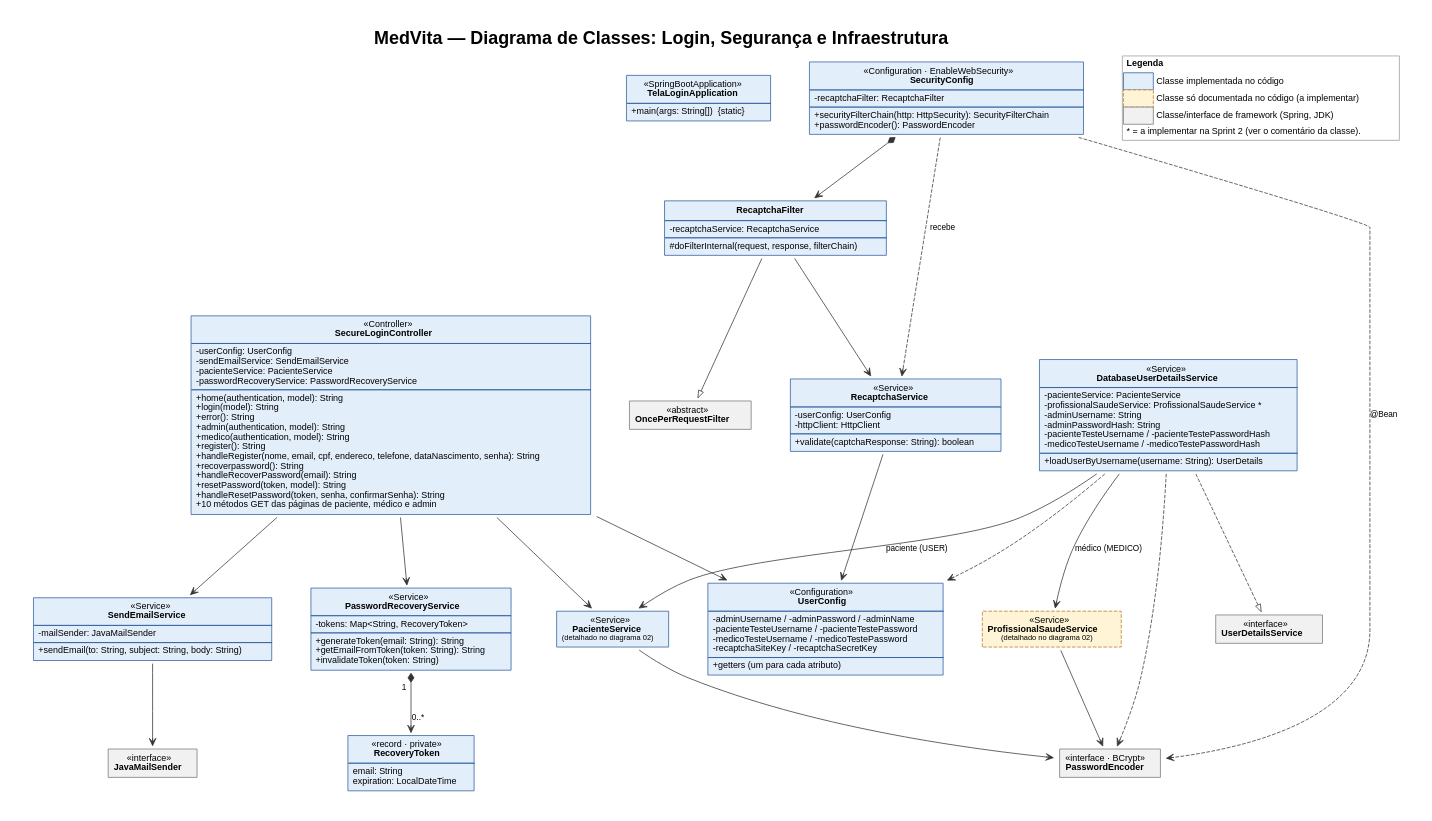
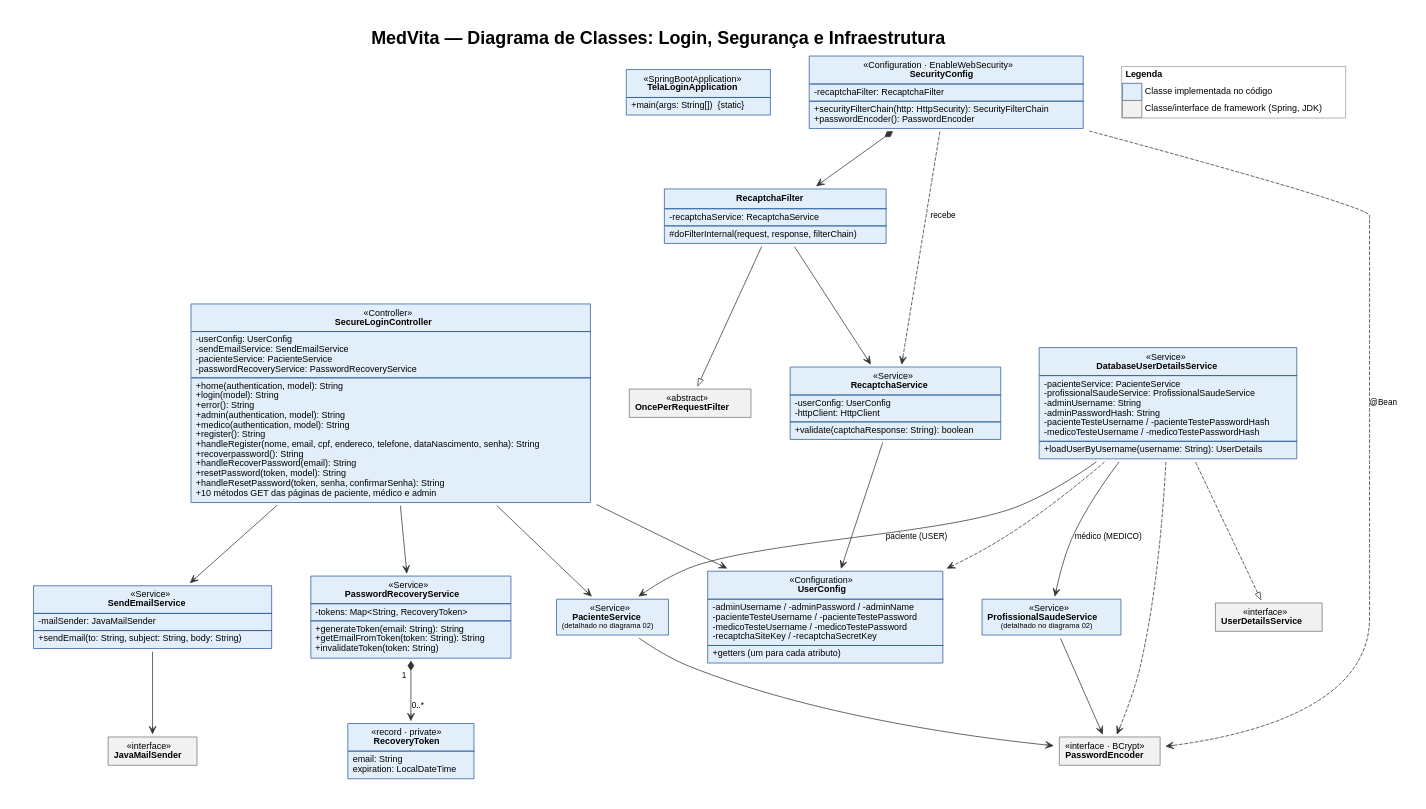
One commit to leonardoMartins-Dev/Sistema_Hospitalar changed the diagram in DOCUMENTOS/DiagramaUML/03-diagrama-classes-login-seguranca.dot. Above: the diagram before and after it, drawn with Graphviz. The commit also changed 14 other files, not shown here.

Commit message:
Sprint 2: diagramas atualizados, aviso do banco e usuários de teste removidos

```diff
--- a/DOCUMENTOS/DiagramaUML/03-diagrama-classes-login-seguranca.dot
+++ b/DOCUMENTOS/DiagramaUML/03-diagrama-classes-login-seguranca.dot
@@ -1,43 +1,43 @@
 digraph G {
   rankdir=TB; splines=true; nodesep=0.55; ranksep=0.9; pad=0.4;
   labelloc=t; fontsize=24; fontname="Helvetica"; label=<<B>MedVita — Diagrama de Classes: Login, Segurança e Infraestrutura</B>>;
   node [fontname="Helvetica" fontsize=12];
   edge [fontname="Helvetica" fontsize=11 color="#333333" labeldistance=2.2];
   ranksep=1.0; nodesep=0.5;
 App [shape=plaintext label=<<TABLE BORDER="1" CELLBORDER="0" CELLSPACING="0" CELLPADDING="5" BGCOLOR="#E3EEFB" COLOR="#2B5C9E" STYLE="solid"><TR><TD ALIGN="CENTER" CELLPADDING="6">«SpringBootApplication»<BR/><B>TelaLoginApplication</B></TD></TR><HR/><TR><TD ALIGN="LEFT" BALIGN="LEFT">+main(args: String[])  {static}<BR ALIGN="LEFT"/></TD></TR></TABLE>>];
 Login [shape=plaintext label=<<TABLE BORDER="1" CELLBORDER="0" CELLSPACING="0" CELLPADDING="5" BGCOLOR="#E3EEFB" COLOR="#2B5C9E" STYLE="solid"><TR><TD ALIGN="CENTER" CELLPADDING="6">«Controller»<BR/><B>SecureLoginController</B></TD></TR><HR/><TR><TD ALIGN="LEFT" BALIGN="LEFT">-userConfig: UserConfig<BR ALIGN="LEFT"/>-sendEmailService: SendEmailService<BR ALIGN="LEFT"/>-pacienteService: PacienteService<BR ALIGN="LEFT"/>-passwordRecoveryService: PasswordRecoveryService<BR ALIGN="LEFT"/></TD></TR><HR/><TR><TD ALIGN="LEFT" BALIGN="LEFT">+home(authentication, model): String<BR ALIGN="LEFT"/>+login(model): String<BR ALIGN="LEFT"/>+error(): String<BR ALIGN="LEFT"/>+admin(authentication, model): String<BR ALIGN="LEFT"/>+medico(authentication, model): String<BR ALIGN="LEFT"/>+register(): String<BR ALIGN="LEFT"/>+handleRegister(nome, email, cpf, endereco, telefone, dataNascimento, senha): String<BR ALIGN="LEFT"/>+recoverpassword(): String<BR ALIGN="LEFT"/>+handleRecoverPassword(email): String<BR ALIGN="LEFT"/>+resetPassword(token, model): String<BR ALIGN="LEFT"/>+handleResetPassword(token, senha, confirmarSenha): String<BR ALIGN="LEFT"/>+10 métodos GET das páginas de paciente, médico e admin<BR ALIGN="LEFT"/></TD></TR></TABLE>>];
 Sec [shape=plaintext label=<<TABLE BORDER="1" CELLBORDER="0" CELLSPACING="0" CELLPADDING="5" BGCOLOR="#E3EEFB" COLOR="#2B5C9E" STYLE="solid"><TR><TD ALIGN="CENTER" CELLPADDING="6">«Configuration · EnableWebSecurity»<BR/><B>SecurityConfig</B></TD></TR><HR/><TR><TD ALIGN="LEFT" BALIGN="LEFT">-recaptchaFilter: RecaptchaFilter<BR ALIGN="LEFT"/></TD></TR><HR/><TR><TD ALIGN="LEFT" BALIGN="LEFT">+securityFilterChain(http: HttpSecurity): SecurityFilterChain<BR ALIGN="LEFT"/>+passwordEncoder(): PasswordEncoder<BR ALIGN="LEFT"/></TD></TR></TABLE>>];
 Filter [shape=plaintext label=<<TABLE BORDER="1" CELLBORDER="0" CELLSPACING="0" CELLPADDING="5" BGCOLOR="#E3EEFB" COLOR="#2B5C9E" STYLE="solid"><TR><TD ALIGN="CENTER" CELLPADDING="6"><B>RecaptchaFilter</B></TD></TR><HR/><TR><TD ALIGN="LEFT" BALIGN="LEFT">-recaptchaService: RecaptchaService<BR ALIGN="LEFT"/></TD></TR><HR/><TR><TD ALIGN="LEFT" BALIGN="LEFT">#doFilterInternal(request, response, filterChain)<BR ALIGN="LEFT"/></TD></TR></TABLE>>];
 OPRF [shape=plaintext label=<<TABLE BORDER="1" CELLBORDER="0" CELLSPACING="0" CELLPADDING="5" BGCOLOR="#F1F1F1" COLOR="#777777" STYLE="solid"><TR><TD ALIGN="CENTER" CELLPADDING="6">«abstract»<BR/><B>OncePerRequestFilter</B></TD></TR></TABLE>>];
 Recaptcha [shape=plaintext label=<<TABLE BORDER="1" CELLBORDER="0" CELLSPACING="0" CELLPADDING="5" BGCOLOR="#E3EEFB" COLOR="#2B5C9E" STYLE="solid"><TR><TD ALIGN="CENTER" CELLPADDING="6">«Service»<BR/><B>RecaptchaService</B></TD></TR><HR/><TR><TD ALIGN="LEFT" BALIGN="LEFT">-userConfig: UserConfig<BR ALIGN="LEFT"/>-httpClient: HttpClient<BR ALIGN="LEFT"/></TD></TR><HR/><TR><TD ALIGN="LEFT" BALIGN="LEFT">+validate(captchaResponse: String): boolean<BR ALIGN="LEFT"/></TD></TR></TABLE>>];
 UserCfg [shape=plaintext label=<<TABLE BORDER="1" CELLBORDER="0" CELLSPACING="0" CELLPADDING="5" BGCOLOR="#E3EEFB" COLOR="#2B5C9E" STYLE="solid"><TR><TD ALIGN="CENTER" CELLPADDING="6">«Configuration»<BR/><B>UserConfig</B></TD></TR><HR/><TR><TD ALIGN="LEFT" BALIGN="LEFT">-adminUsername / -adminPassword / -adminName<BR ALIGN="LEFT"/>-pacienteTesteUsername / -pacienteTestePassword<BR ALIGN="LEFT"/>-medicoTesteUsername / -medicoTestePassword<BR ALIGN="LEFT"/>-recaptchaSiteKey / -recaptchaSecretKey<BR ALIGN="LEFT"/></TD></TR><HR/><TR><TD ALIGN="LEFT" BALIGN="LEFT">+getters (um para cada atributo)<BR ALIGN="LEFT"/></TD></TR></TABLE>>];
-DbUser [shape=plaintext label=<<TABLE BORDER="1" CELLBORDER="0" CELLSPACING="0" CELLPADDING="5" BGCOLOR="#E3EEFB" COLOR="#2B5C9E" STYLE="solid"><TR><TD ALIGN="CENTER" CELLPADDING="6">«Service»<BR/><B>DatabaseUserDetailsService</B></TD></TR><HR/><TR><TD ALIGN="LEFT" BALIGN="LEFT">-pacienteService: PacienteService<BR ALIGN="LEFT"/>-profissionalSaudeService: ProfissionalSaudeService *<BR ALIGN="LEFT"/>-adminUsername: String<BR ALIGN="LEFT"/>-adminPasswordHash: String<BR ALIGN="LEFT"/>-pacienteTesteUsername / -pacienteTestePasswordHash<BR ALIGN="LEFT"/>-medicoTesteUsername / -medicoTestePasswordHash<BR ALIGN="LEFT"/></TD></TR><HR/><TR><TD ALIGN="LEFT" BALIGN="LEFT">+loadUserByUsername(username: String): UserDetails<BR ALIGN="LEFT"/></TD></TR></TABLE>>];
+DbUser [shape=plaintext label=<<TABLE BORDER="1" CELLBORDER="0" CELLSPACING="0" CELLPADDING="5" BGCOLOR="#E3EEFB" COLOR="#2B5C9E" STYLE="solid"><TR><TD ALIGN="CENTER" CELLPADDING="6">«Service»<BR/><B>DatabaseUserDetailsService</B></TD></TR><HR/><TR><TD ALIGN="LEFT" BALIGN="LEFT">-pacienteService: PacienteService<BR ALIGN="LEFT"/>-profissionalSaudeService: ProfissionalSaudeService<BR ALIGN="LEFT"/>-adminUsername: String<BR ALIGN="LEFT"/>-adminPasswordHash: String<BR ALIGN="LEFT"/>-pacienteTesteUsername / -pacienteTestePasswordHash<BR ALIGN="LEFT"/>-medicoTesteUsername / -medicoTestePasswordHash<BR ALIGN="LEFT"/></TD></TR><HR/><TR><TD ALIGN="LEFT" BALIGN="LEFT">+loadUserByUsername(username: String): UserDetails<BR ALIGN="LEFT"/></TD></TR></TABLE>>];
 UDS [shape=plaintext label=<<TABLE BORDER="1" CELLBORDER="0" CELLSPACING="0" CELLPADDING="5" BGCOLOR="#F1F1F1" COLOR="#777777" STYLE="solid"><TR><TD ALIGN="CENTER" CELLPADDING="6">«interface»<BR/><B>UserDetailsService</B></TD></TR></TABLE>>];
 PwdEnc [shape=plaintext label=<<TABLE BORDER="1" CELLBORDER="0" CELLSPACING="0" CELLPADDING="5" BGCOLOR="#F1F1F1" COLOR="#777777" STYLE="solid"><TR><TD ALIGN="CENTER" CELLPADDING="6">«interface · BCrypt»<BR/><B>PasswordEncoder</B></TD></TR></TABLE>>];
 PacSvc [shape=plaintext label=<<TABLE BORDER="1" CELLBORDER="0" CELLSPACING="0" CELLPADDING="5" BGCOLOR="#E3EEFB" COLOR="#2B5C9E" STYLE="solid"><TR><TD ALIGN="CENTER" CELLPADDING="6">«Service»<BR/><B>PacienteService</B><BR/><FONT POINT-SIZE="10">(detalhado no diagrama 02)</FONT></TD></TR></TABLE>>];
-ProfSvc [shape=plaintext label=<<TABLE BORDER="1" CELLBORDER="0" CELLSPACING="0" CELLPADDING="5" BGCOLOR="#FFF4D6" COLOR="#B7791F" STYLE="dashed"><TR><TD ALIGN="CENTER" CELLPADDING="6">«Service»<BR/><B>ProfissionalSaudeService</B><BR/><FONT POINT-SIZE="10">(detalhado no diagrama 02)</FONT></TD></TR></TABLE>>];
+ProfSvc [shape=plaintext label=<<TABLE BORDER="1" CELLBORDER="0" CELLSPACING="0" CELLPADDING="5" BGCOLOR="#E3EEFB" COLOR="#2B5C9E" STYLE="solid"><TR><TD ALIGN="CENTER" CELLPADDING="6">«Service»<BR/><B>ProfissionalSaudeService</B><BR/><FONT POINT-SIZE="10">(detalhado no diagrama 02)</FONT></TD></TR></TABLE>>];
 Recovery [shape=plaintext label=<<TABLE BORDER="1" CELLBORDER="0" CELLSPACING="0" CELLPADDING="5" BGCOLOR="#E3EEFB" COLOR="#2B5C9E" STYLE="solid"><TR><TD ALIGN="CENTER" CELLPADDING="6">«Service»<BR/><B>PasswordRecoveryService</B></TD></TR><HR/><TR><TD ALIGN="LEFT" BALIGN="LEFT">-tokens: Map&lt;String, RecoveryToken&gt;<BR ALIGN="LEFT"/></TD></TR><HR/><TR><TD ALIGN="LEFT" BALIGN="LEFT">+generateToken(email: String): String<BR ALIGN="LEFT"/>+getEmailFromToken(token: String): String<BR ALIGN="LEFT"/>+invalidateToken(token: String)<BR ALIGN="LEFT"/></TD></TR></TABLE>>];
 Token [shape=plaintext label=<<TABLE BORDER="1" CELLBORDER="0" CELLSPACING="0" CELLPADDING="5" BGCOLOR="#E3EEFB" COLOR="#2B5C9E" STYLE="solid"><TR><TD ALIGN="CENTER" CELLPADDING="6">«record · private»<BR/><B>RecoveryToken</B></TD></TR><HR/><TR><TD ALIGN="LEFT" BALIGN="LEFT">email: String<BR ALIGN="LEFT"/>expiration: LocalDateTime<BR ALIGN="LEFT"/></TD></TR></TABLE>>];
 Mail [shape=plaintext label=<<TABLE BORDER="1" CELLBORDER="0" CELLSPACING="0" CELLPADDING="5" BGCOLOR="#E3EEFB" COLOR="#2B5C9E" STYLE="solid"><TR><TD ALIGN="CENTER" CELLPADDING="6">«Service»<BR/><B>SendEmailService</B></TD></TR><HR/><TR><TD ALIGN="LEFT" BALIGN="LEFT">-mailSender: JavaMailSender<BR ALIGN="LEFT"/></TD></TR><HR/><TR><TD ALIGN="LEFT" BALIGN="LEFT">+sendEmail(to: String, subject: String, body: String)<BR ALIGN="LEFT"/></TD></TR></TABLE>>];
 JMS [shape=plaintext label=<<TABLE BORDER="1" CELLBORDER="0" CELLSPACING="0" CELLPADDING="5" BGCOLOR="#F1F1F1" COLOR="#777777" STYLE="solid"><TR><TD ALIGN="CENTER" CELLPADDING="6">«interface»<BR/><B>JavaMailSender</B></TD></TR></TABLE>>];
 Login -> UserCfg [arrowhead=vee];
 Login -> Mail [arrowhead=vee];
 Login -> PacSvc [arrowhead=vee];
 Login -> Recovery [arrowhead=vee];
 Sec -> Filter [dir=both arrowtail=diamond arrowhead=vee];
 Sec -> Recaptcha [style=dashed arrowhead=vee label=<recebe>];
 Sec -> PwdEnc [style=dashed arrowhead=vee label=<@Bean>];
 Filter -> OPRF [arrowhead=empty];
 Filter -> Recaptcha [arrowhead=vee];
 Recaptcha -> UserCfg [arrowhead=vee];
 DbUser -> UDS [style=dashed arrowhead=empty];
 DbUser -> PacSvc [arrowhead=vee label=<paciente (USER)>];
 DbUser -> ProfSvc [arrowhead=vee label=<médico (MEDICO)>];
 ProfSvc -> PwdEnc [arrowhead=vee];
 DbUser -> UserCfg [style=dashed arrowhead=vee];
 DbUser -> PwdEnc [style=dashed arrowhead=vee];
 PacSvc -> PwdEnc [arrowhead=vee];
 Recovery -> Token [dir=both arrowtail=diamond arrowhead=vee taillabel="1" headlabel="0..*"];
 Mail -> JMS [arrowhead=vee];
-legend [shape=plaintext label=<<TABLE BORDER="1" CELLBORDER="0" CELLSPACING="0" CELLPADDING="4" COLOR="#999999"><TR><TD COLSPAN="2" ALIGN="LEFT"><B>Legenda</B></TD></TR><TR><TD WIDTH="26" BGCOLOR="#E3EEFB" COLOR="#2B5C9E" STYLE="solid" BORDER="1"> </TD><TD ALIGN="LEFT">Classe implementada no código</TD></TR><TR><TD WIDTH="26" BGCOLOR="#FFF4D6" COLOR="#B7791F" STYLE="dashed" BORDER="1"> </TD><TD ALIGN="LEFT">Classe só documentada no código (a implementar)</TD></TR><TR><TD WIDTH="26" BGCOLOR="#F1F1F1" COLOR="#777777" STYLE="solid" BORDER="1"> </TD><TD ALIGN="LEFT">Classe/interface de framework (Spring, JDK)</TD></TR><TR><TD COLSPAN="2" ALIGN="LEFT">* = a implementar na Sprint 2 (ver o comentário da classe).</TD></TR></TABLE>>];
+legend [shape=plaintext label=<<TABLE BORDER="1" CELLBORDER="0" CELLSPACING="0" CELLPADDING="4" COLOR="#999999"><TR><TD COLSPAN="2" ALIGN="LEFT"><B>Legenda</B></TD></TR><TR><TD WIDTH="26" BGCOLOR="#E3EEFB" COLOR="#2B5C9E" STYLE="solid" BORDER="1"> </TD><TD ALIGN="LEFT">Classe implementada no código</TD></TR><TR><TD WIDTH="26" BGCOLOR="#F1F1F1" COLOR="#777777" STYLE="solid" BORDER="1"> </TD><TD ALIGN="LEFT">Classe/interface de framework (Spring, JDK)</TD></TR></TABLE>>];
 }
```
